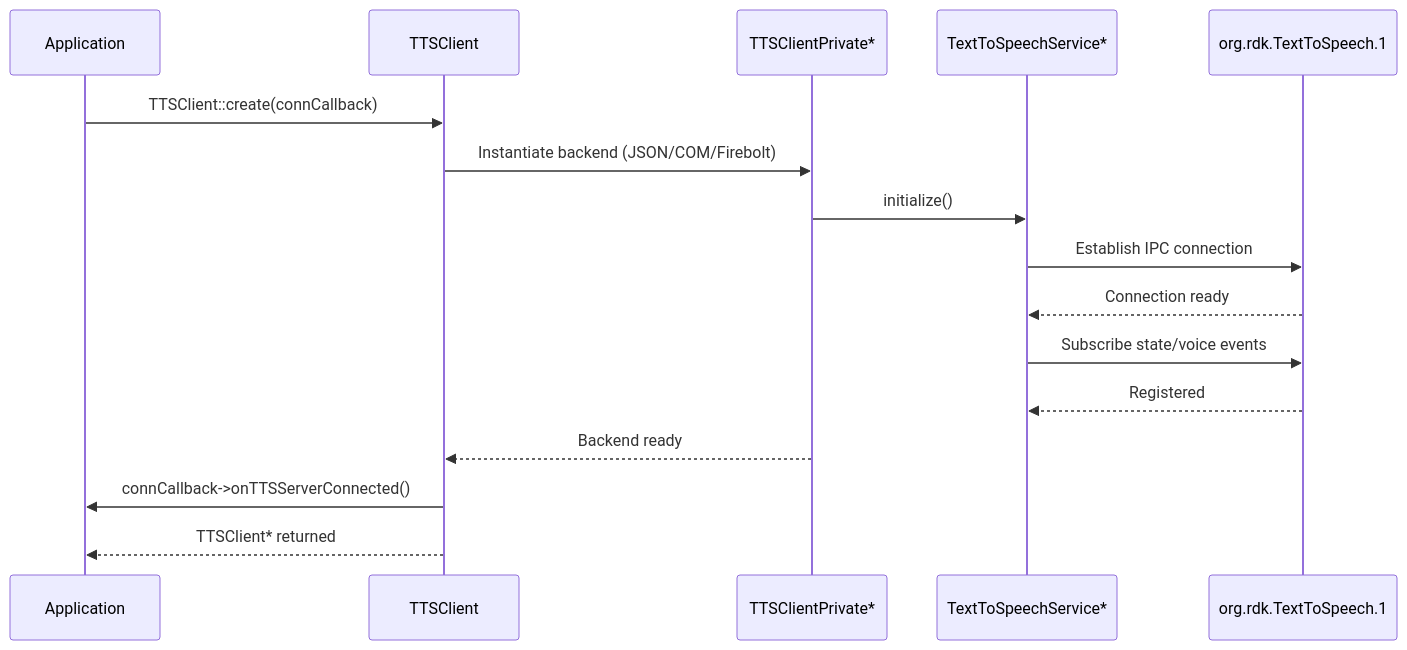
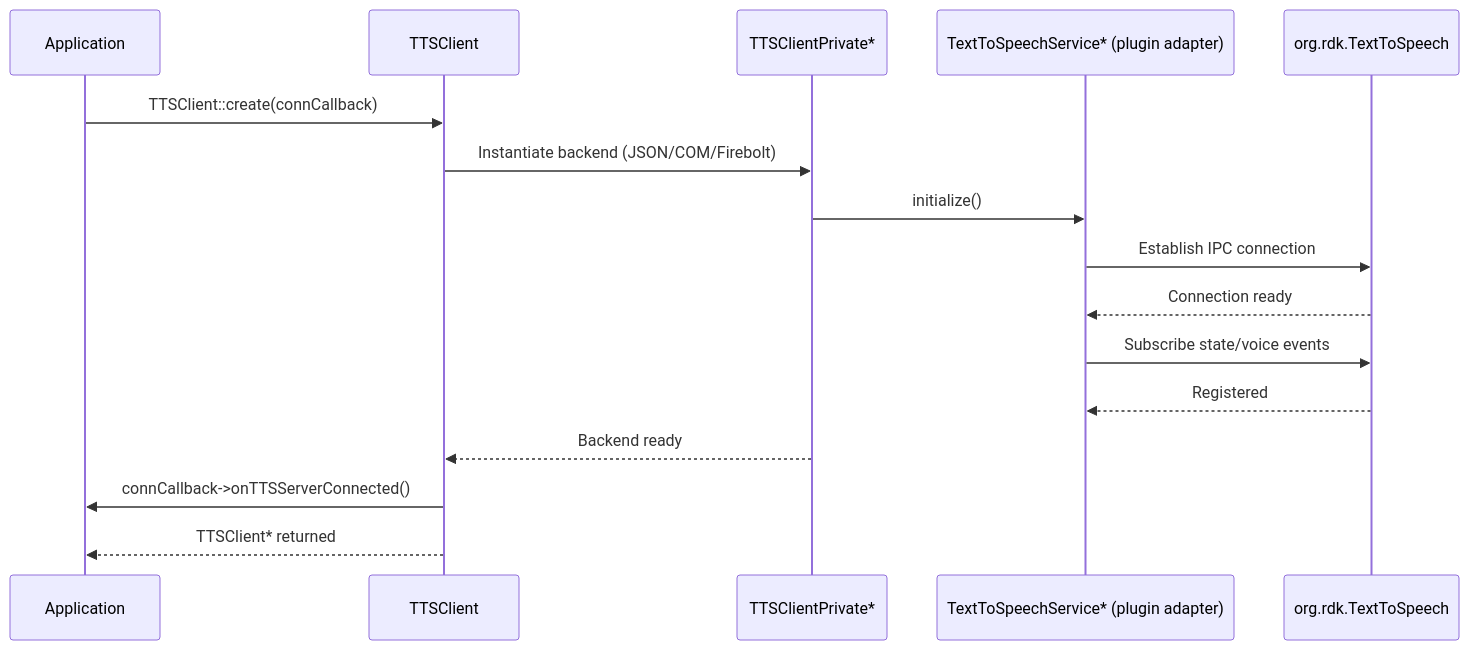
Before and after one commit to rns21/RDK_Documentation: the fourth of 7 diagrams in docs/docu/RDKV-Documentations/tts_engine.md, drawn with Mermaid. The commit also changed other lines of this file, not shown here.

````diff
--- a/docs/docu/RDKV-Documentations/tts_engine.md
+++ b/docs/docu/RDKV-Documentations/tts_engine.md
@@ -183,19 +183,19 @@
 ```mermaid
 sequenceDiagram
     participant App as Application
     participant TC as TTSClient
     participant BE as TTSClientPrivate*
-    participant SVC as TextToSpeechService*
-    participant Thunder as org.rdk.TextToSpeech.1
+    participant SVC as TextToSpeechService* (plugin adapter)
+    participant Thunder as org.rdk.TextToSpeech
 
     App->>TC: TTSClient::create(connCallback)
     TC->>BE: Instantiate backend (JSON/COM/Firebolt)
     BE->>SVC: initialize()
     SVC->>Thunder: Establish IPC connection
     Thunder-->>SVC: Connection ready
     SVC->>Thunder: Subscribe state/voice events
     Thunder-->>SVC: Registered
     BE-->>TC: Backend ready
     TC->>App: connCallback->onTTSServerConnected()
     TC-->>App: TTSClient* returned
 ```
````
